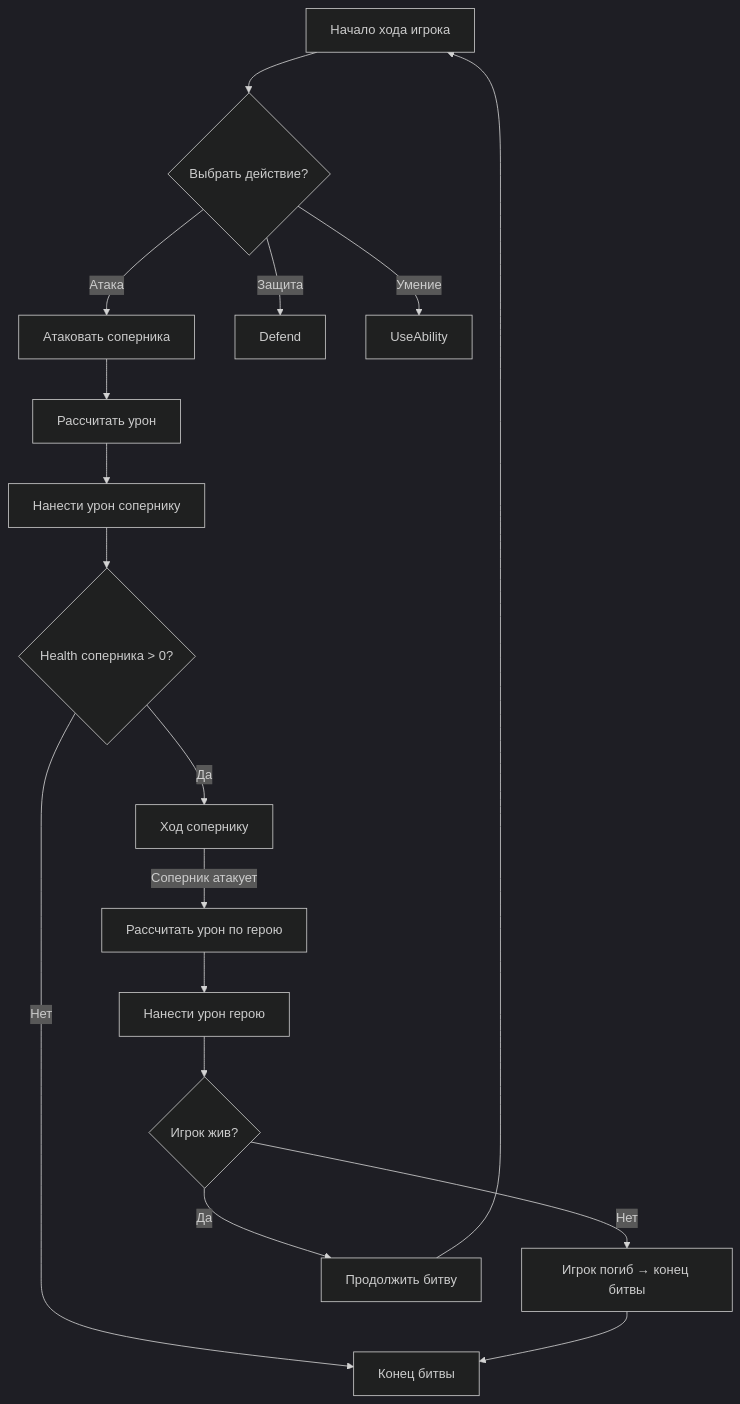
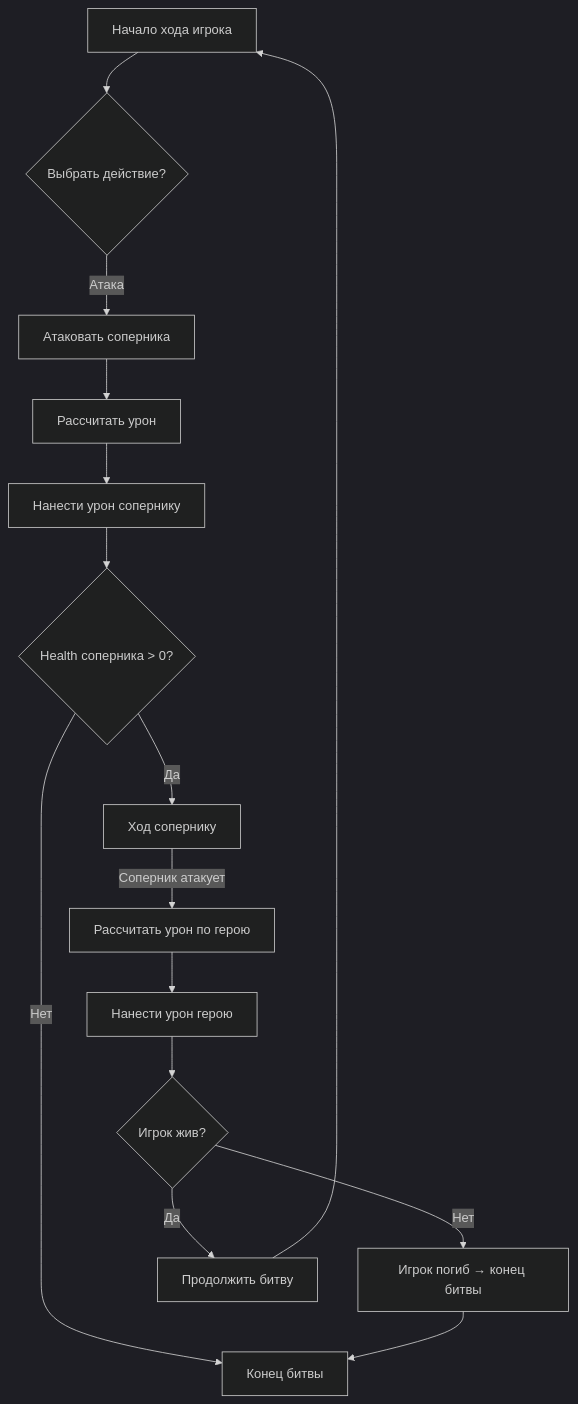
The third of 3 diagrams in README.md (Demon6590/TheWarForTheHolyGrail), drawn with Mermaid (dark theme) before and after one commit.

````diff
--- a/README.md
+++ b/README.md
@@ -62,41 +62,40 @@
 ```mermaid
 flowchart TD
     Start["Начало хода игрока"]
 
     ChooseAction{"Выбрать действие?"}
     Attack["Атаковать соперника"]
 
     CalcDamage["Рассчитать урон"]
     ApplyDamage["Нанести урон сопернику"]
 
     CheckEnemyHealth{"Health соперника > 0?"}
     EnemyTurn["Ход сопернику"]
 
     CheckPlayerAlive{"Игрок жив?"}
     DeathScreen["Игрок погиб → конец битвы"]
     ContinueBattle["Продолжить битву"]
 
     EndBattle["Конец битвы"]
 
     Start --> ChooseAction
     ChooseAction -->|"Атака"| Attack
-    ChooseAction -->|"Защита"| Defend
-    ChooseAction -->|"Умение"| UseAbility
+  
 
     Attack --> CalcDamage
     CalcDamage --> ApplyDamage
     ApplyDamage --> CheckEnemyHealth
 
     CheckEnemyHealth -->|"Да"| EnemyTurn
     CheckEnemyHealth -->|"Нет"| EndBattle
 
     EnemyTurn -->|"Соперник атакует"| CalcPlayerDamage["Рассчитать урон по герою"]
     CalcPlayerDamage --> ApplyPlayerDamage["Нанести урон герою"]
     ApplyPlayerDamage --> CheckPlayerAlive
 
     CheckPlayerAlive -->|"Да"| ContinueBattle
     CheckPlayerAlive -->|"Нет"| DeathScreen
 
     ContinueBattle --> Start
     DeathScreen --> EndBattle
 ```
````
